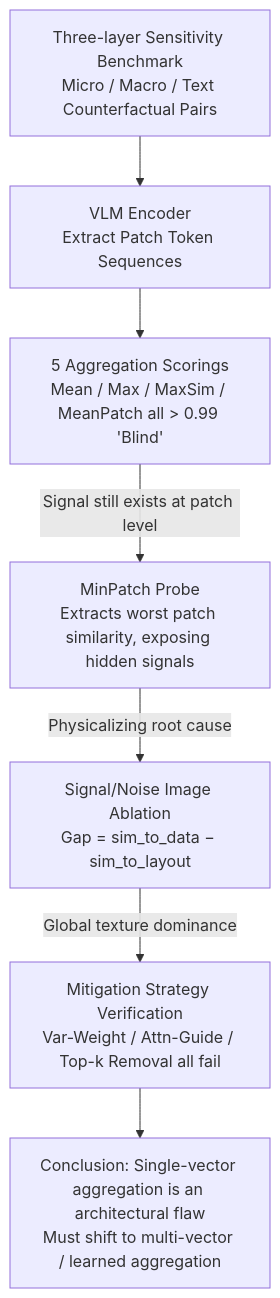
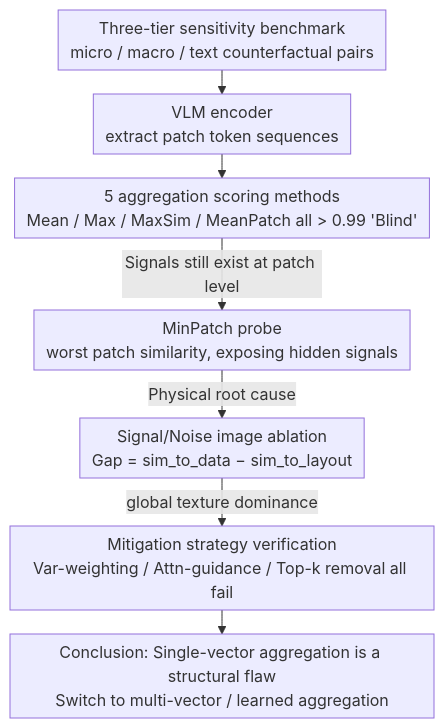
Before and after one commit to zhaoyang97/Paper-Notes-en: the diagram in docs/ACL2026/information_retrieval/a_picture_is_worth_a_thousand_words_an_empirical_study_of_aggregation_strategies.md, drawn with Mermaid. The commit also changed other lines of this file and 5084 other files, not shown here.

````diff
--- a/docs/ACL2026/information_retrieval/a_picture_is_worth_a_thousand_words_an_empirical_study_of_aggregation_strategies.md
+++ b/docs/ACL2026/information_retrieval/a_picture_is_worth_a_thousand_words_an_empirical_study_of_aggregation_strategies.md
@@ -43,9 +43,10 @@
 ```mermaid
-graph TD
-    A["Three-layer Sensitivity Benchmark<br/>Micro / Macro / Text Counterfactual Pairs"] --> B["VLM Encoder<br/>Extract Patch Token Sequences"]
-    B --> C["5 Aggregation Scorings<br/>Mean / Max / MaxSim / MeanPatch all > 0.99 'Blind'"]
-    C -->|Signal still exists at patch level| D["MinPatch Probe<br/>Extracts worst patch similarity, exposing hidden signals"]
-    D -->|Physicalizing root cause| E["Signal/Noise Image Ablation<br/>Gap = sim_to_data − sim_to_layout"]
-    E -->|Global texture dominance| F["Mitigation Strategy Verification<br/>Var-Weight / Attn-Guide / Top-k Removal all fail"]
-    F --> G["Conclusion: Single-vector aggregation is an architectural flaw<br/>Must shift to multi-vector / learned aggregation"]
+%%{init: {'flowchart': {'rankSpacing': 24, 'nodeSpacing': 28, 'padding': 6, 'wrappingWidth': 400}}}%%
+flowchart TD
+    A["Three-tier sensitivity benchmark<br/>micro / macro / text counterfactual pairs"] --> B["VLM encoder<br/>extract patch token sequences"]
+    B --> C["5 aggregation scoring methods<br/>Mean / Max / MaxSim / MeanPatch all > 0.99 'Blind'"]
+    C -->|Signals still exist at patch level| D["MinPatch probe<br/>worst patch similarity, exposing hidden signals"]
+    D -->|Physical root cause| E["Signal/Noise image ablation<br/>Gap = sim_to_data − sim_to_layout"]
+    E -->|global texture dominance| F["Mitigation strategy verification<br/>Var-weighting / Attn-guidance / Top-k removal all fail"]
+    F --> G["Conclusion: Single-vector aggregation is a structural flaw<br/>Switch to multi-vector / learned aggregation"]
 ```
````
